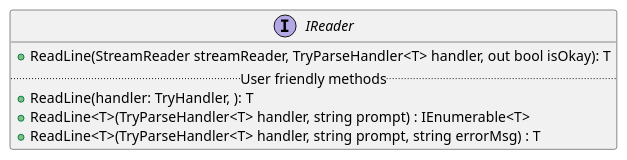
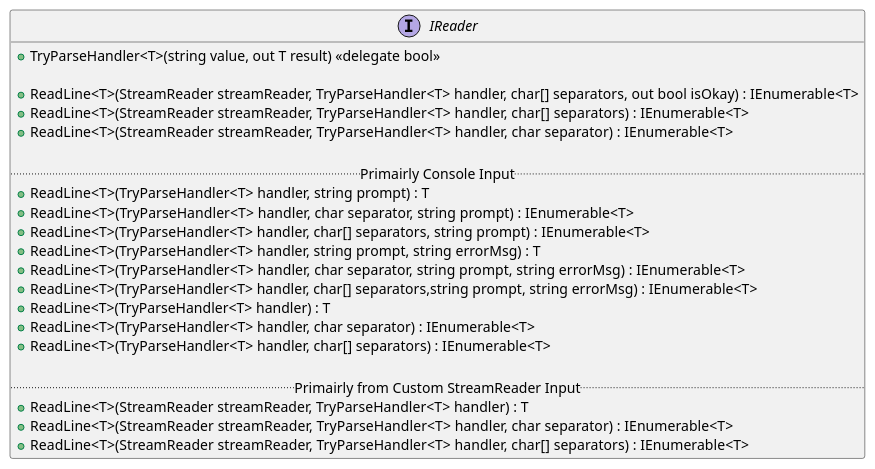
One commit to kougen/dotnet-core changed the diagram in uml/classes.puml. Above: the diagram before and after it, drawn with PlantUML.

Commit message:
creating umls

```diff
--- a/uml/classes.puml
+++ b/uml/classes.puml
@@ -1,15 +1,31 @@
 @startuml IO
 
 ' delegate TryParseHandler {
 
 ' }
 
 interface IReader{
-	+ReadLine(StreamReader streamReader, TryParseHandler<T> handler, out bool isOkay): T 
-	.. User friendly methods ..
-	+ReadLine(handler: TryHandler, ): T 
-    +ReadLine<T>(TryParseHandler<T> handler, string prompt) : IEnumerable<T> 
-    +ReadLine<T>(TryParseHandler<T> handler, string prompt, string errorMsg) : T
+	    +TryParseHandler<T>(string value, out T result) <<delegate bool>>
+
+        +ReadLine<T>(StreamReader streamReader, TryParseHandler<T> handler, char[] separators, out bool isOkay) : IEnumerable<T> 
+        +ReadLine<T>(StreamReader streamReader, TryParseHandler<T> handler, char[] separators) : IEnumerable<T>
+        +ReadLine<T>(StreamReader streamReader, TryParseHandler<T> handler, char separator) : IEnumerable<T>
+
+		.. Primairly Console Input ..
+    	+ReadLine<T>(TryParseHandler<T> handler, string prompt) : T
+       	+ReadLine<T>(TryParseHandler<T> handler, char separator, string prompt) : IEnumerable<T>
+       	+ReadLine<T>(TryParseHandler<T> handler, char[] separators, string prompt) : IEnumerable<T>
+        +ReadLine<T>(TryParseHandler<T> handler, string prompt, string errorMsg) : T
+        +ReadLine<T>(TryParseHandler<T> handler, char separator, string prompt, string errorMsg) : IEnumerable<T>
+        +ReadLine<T>(TryParseHandler<T> handler, char[] separators,string prompt, string errorMsg) : IEnumerable<T>
+        +ReadLine<T>(TryParseHandler<T> handler) : T 
+        +ReadLine<T>(TryParseHandler<T> handler, char separator) : IEnumerable<T> 
+        +ReadLine<T>(TryParseHandler<T> handler, char[] separators) : IEnumerable<T> 
+
+		.. Primairly from Custom StreamReader Input ..
+        +ReadLine<T>(StreamReader streamReader, TryParseHandler<T> handler) : T
+        +ReadLine<T>(StreamReader streamReader, TryParseHandler<T> handler, char separator) : IEnumerable<T>
+        +ReadLine<T>(StreamReader streamReader, TryParseHandler<T> handler, char[] separators) : IEnumerable<T>
 }
 
 @enduml
```
